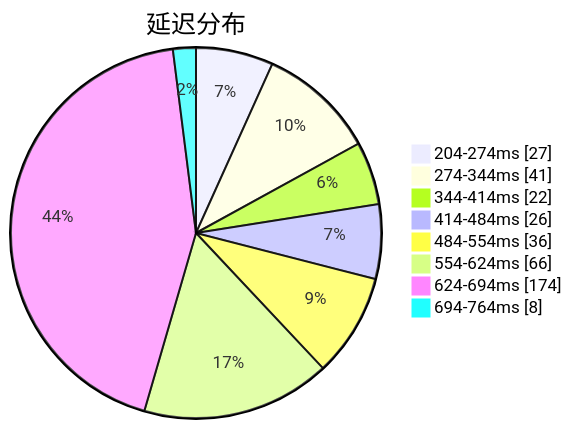
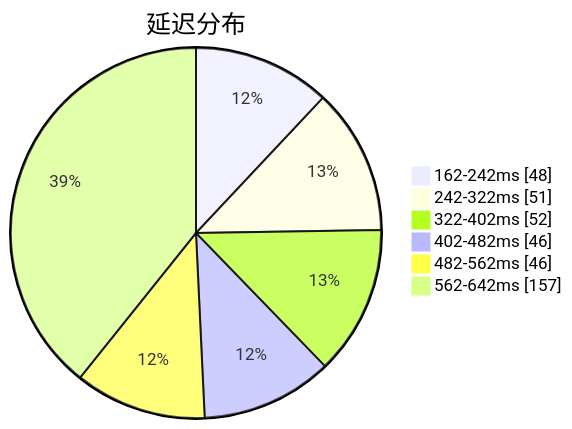
Before and after one commit to qjlxg/airport: the first of 3 diagrams in subs/statistics/tested_within.md, drawn with Mermaid. The commit also changed other lines of this file and 2 other files, not shown here.

````diff
--- a/subs/statistics/tested_within.md
+++ b/subs/statistics/tested_within.md
@@ -2,12 +2,10 @@
 ```mermaid
 pie showData
 title 延迟分布
-"204-274ms" : 27
-"274-344ms" : 41
-"344-414ms" : 22
-"414-484ms" : 26
-"484-554ms" : 36
-"554-624ms" : 66
-"624-694ms" : 174
-"694-764ms" : 8
+"162-242ms" : 48
+"242-322ms" : 51
+"322-402ms" : 52
+"402-482ms" : 46
+"482-562ms" : 46
+"562-642ms" : 157
 ```
````
